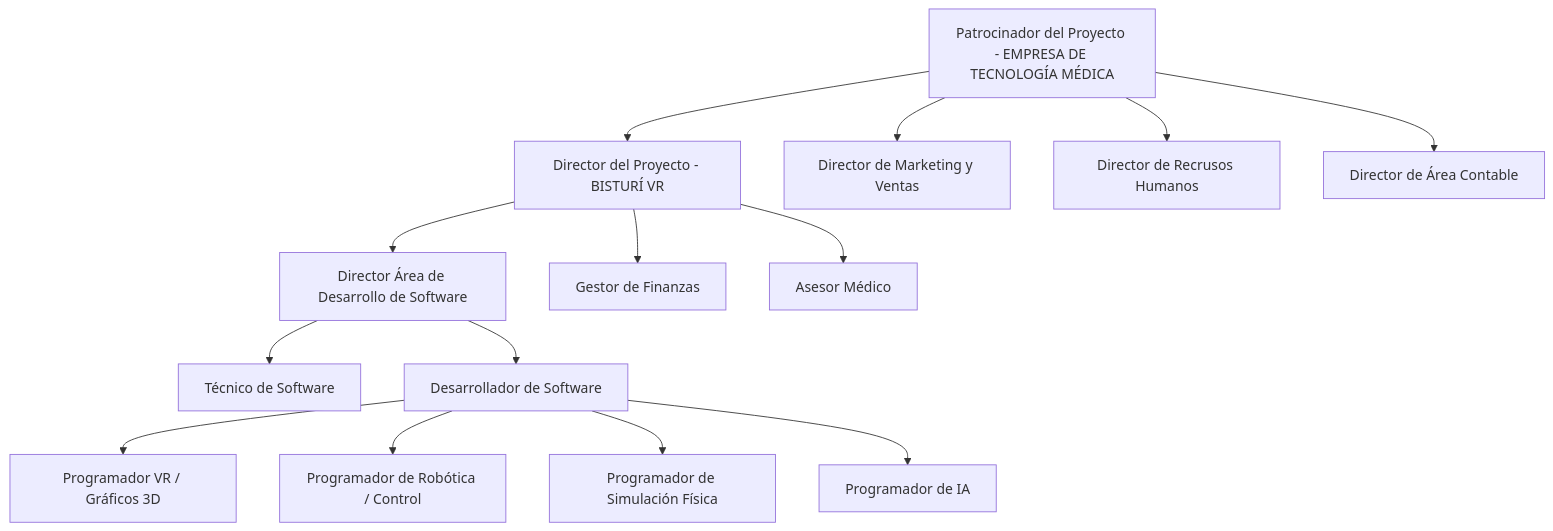
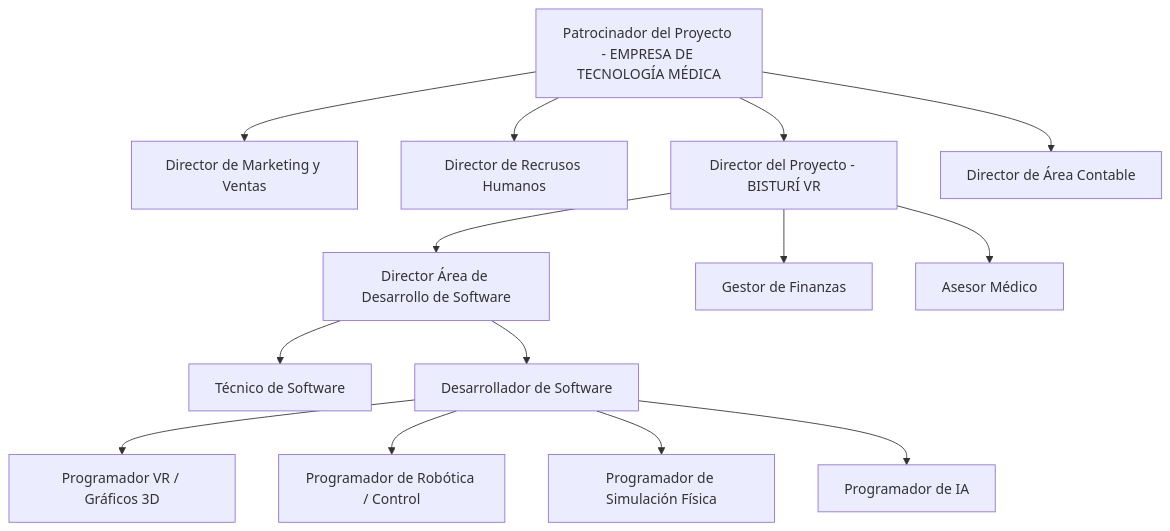
Before and after one commit to TomasGonzalez1204/plan-proyecto-gp-uner: the diagram in docs/01-plan-inicial/organizacion.md, drawn with Mermaid.

````diff
--- a/docs/01-plan-inicial/organizacion.md
+++ b/docs/01-plan-inicial/organizacion.md
@@ -45,38 +45,39 @@
 ```mermaid
 graph TD
 
 A[Patrocinador del Proyecto - EMPRESA DE TECNOLOGÍA MÉDICA]
-B[Director del Proyecto - BISTURÍ VR]
-C[Director de Marketing y Ventas]
-D[Director de Recrusos Humanos]
+
+B[Director de Marketing y Ventas]
+C[Director de Recrusos Humanos]
+D[Director del Proyecto - BISTURÍ VR]
 E[Director de Área Contable]
 
 F[Director Área de Desarrollo de Software]
 G[Gestor de Finanzas]
 H[Asesor Médico]
 
 I[Técnico de Software]
 J[Desarrollador de Software]
 
 K[Programador VR / Gráficos 3D]
 L[Programador de Robótica / Control]
 M[Programador de Simulación Física]
 N[Programador de IA]
 
 A --> B
 A --> C
 A --> D
 A --> E
 
-B --> F
-B --> G
-B --> H
+D --> F
+D --> G
+D --> H
 
 F --> I
 F --> J
 
 J --> K
 J --> L
 J --> M
 J --> N
 ```
````
